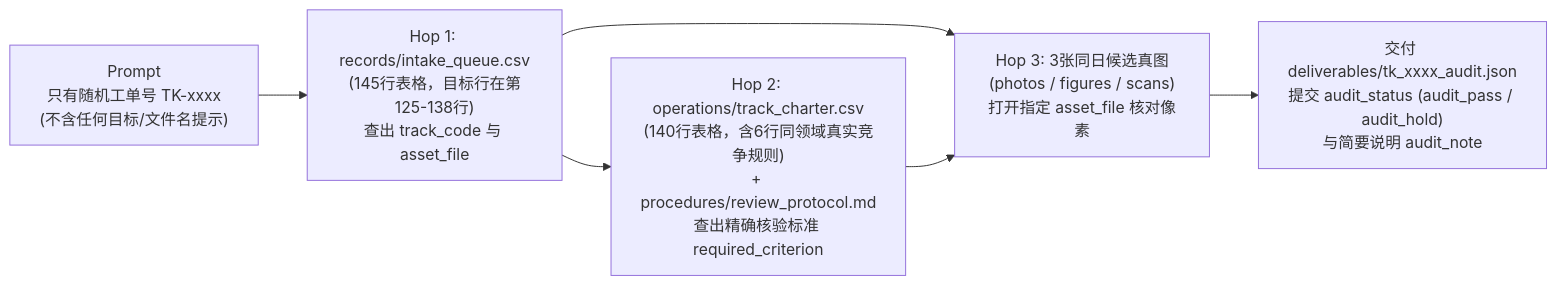
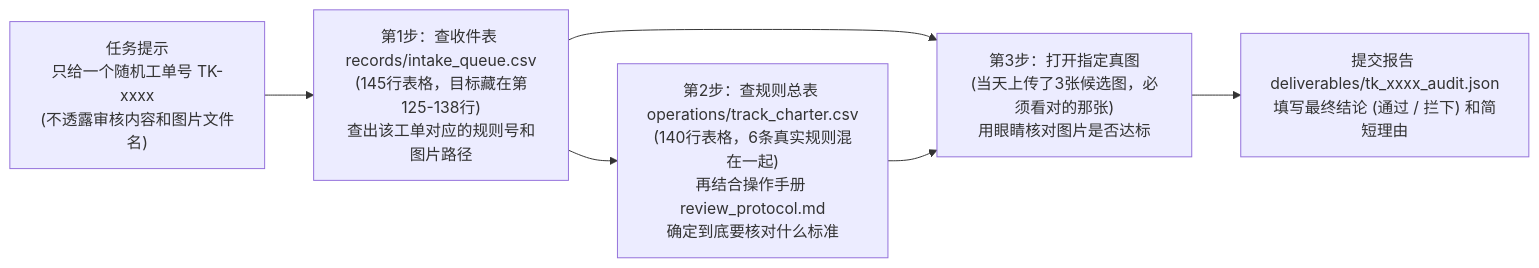
The diagram in DATASET_INTRODUCTION.md (wei-cell12/dataset), drawn with Mermaid before and after one commit. The commit also changed other lines of this file, not shown here.

````diff
--- a/DATASET_INTRODUCTION.md
+++ b/DATASET_INTRODUCTION.md
@@ -83,8 +78,8 @@
 ```mermaid
 flowchart LR
-    P["Prompt<br/>只有随机工单号 TK-xxxx<br/>(不含任何目标/文件名提示)"] --> H1["Hop 1: records/intake_queue.csv<br/>(145行表格，目标行在第125-138行)<br/>查出 track_code 与 asset_file"]
-    H1 --> H2["Hop 2: operations/track_charter.csv<br/>(140行表格，含6行同领域真实竞争规则)<br/>+ procedures/review_protocol.md<br/>查出精确核验标准 required_criterion"]
-    H1 --> H3["Hop 3: 3张同日候选真图<br/>(photos / figures / scans)<br/>打开指定 asset_file 核对像素"]
+    P["任务提示<br/>只给一个随机工单号 TK-xxxx<br/>(不透露审核内容和图片文件名)"] --> H1["第1步：查收件表 records/intake_queue.csv<br/>(145行表格，目标藏在第125-138行)<br/>查出该工单对应的规则号和图片路径"]
+    H1 --> H2["第2步：查规则总表 operations/track_charter.csv<br/>(140行表格，6条真实规则混在一起)<br/>再结合操作手册 review_protocol.md<br/>确定到底要核对什么标准"]
+    H1 --> H3["第3步：打开指定真图<br/>(当天上传了3张候选图，必须看对的那张)<br/>用眼睛核对图片是否达标"]
     H2 --> H3
-    H3 --> D["交付 deliverables/tk_xxxx_audit.json<br/>提交 audit_status (audit_pass / audit_hold)<br/>与简要说明 audit_note"]
+    H3 --> D["提交报告 deliverables/tk_xxxx_audit.json<br/>填写最终结论 (通过 / 拦下) 和简短理由"]
 ```
````
